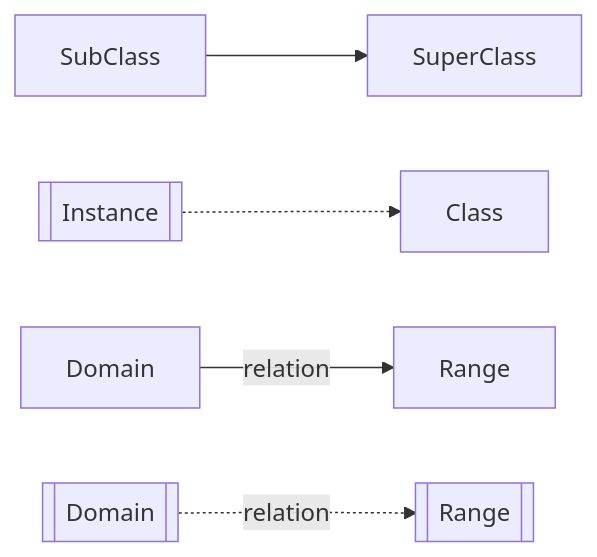
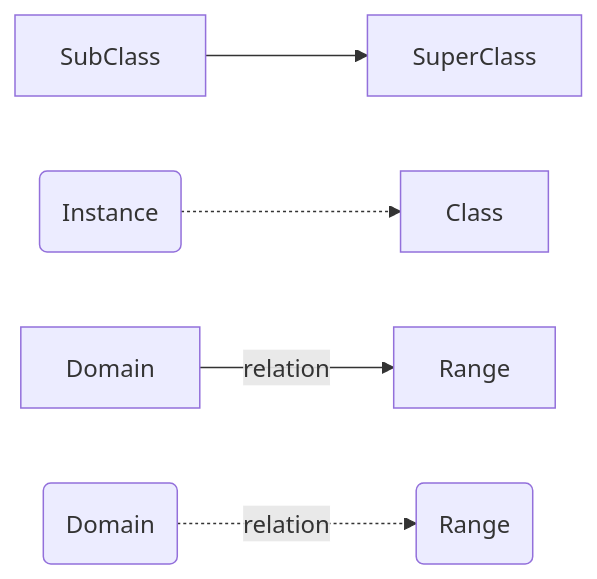
One commit to cambridge-cares/TheWorldAvatar changed the second of 7 diagrams in JPS_Ontology/ontology/ontoprofile/README.MD. Above: the diagram before and after it, drawn with Mermaid. The commit also changed other lines of this file, not shown here.

Commit message:
dev-service-execution-ontology-extension: modify flowchart shape

````diff
--- a/JPS_Ontology/ontology/ontoprofile/README.MD
+++ b/JPS_Ontology/ontology/ontoprofile/README.MD
@@ -42,7 +42,7 @@
 ```mermaid
 flowchart LR
     subclass[SubClass] --> superclass[SuperClass]
-    instance[[Instance]] -.-> clazz[Class]
+    instance(Instance) -.-> clazz[Class]
     Domain -- relation --> Range
-    domainInst[[Domain]] -. relation .-> rangeInst[[Range]]
+    domainInst(Domain) -. relation .-> rangeInst(Range)
 ```
````
